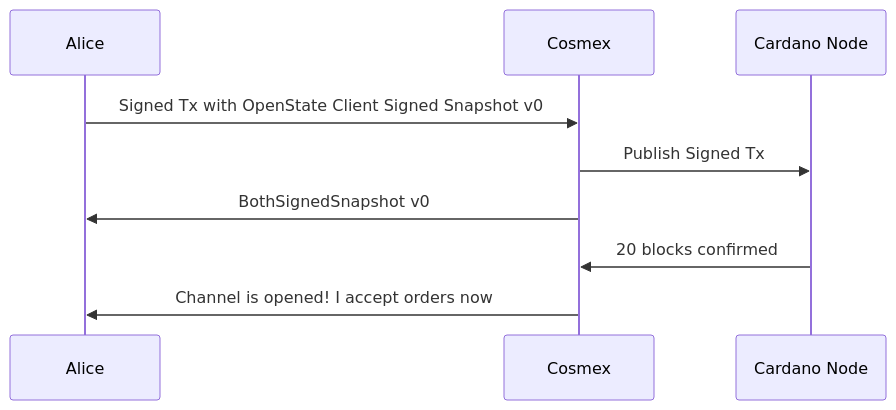
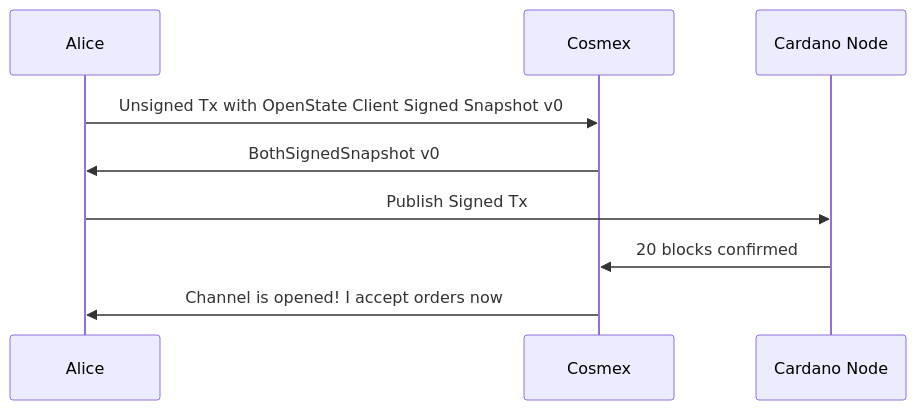
The third of 11 diagrams in docs/Whitepaper.md (lantr-io/cosmex), drawn with Mermaid before and after one commit. The commit also changed other lines of this file and 1 other file, not shown here.

````diff
--- a/docs/Whitepaper.md
+++ b/docs/Whitepaper.md
@@ -149,8 +128,8 @@
 ```mermaid
 sequenceDiagram
-    Alice->>Cosmex: Signed Tx with OpenState Client Signed Snapshot v0
-    Cosmex->>Cardano Node: Publish Signed Tx
+    Alice->>Cosmex: Unsigned Tx with OpenState Client Signed Snapshot v0
     Cosmex->>Alice: BothSignedSnapshot v0
+    Alice->>Cardano Node: Publish Signed Tx
     Cardano Node->>Cosmex: 20 blocks confirmed
     Cosmex->>Alice: Channel is opened! I accept orders now
 ```
````
